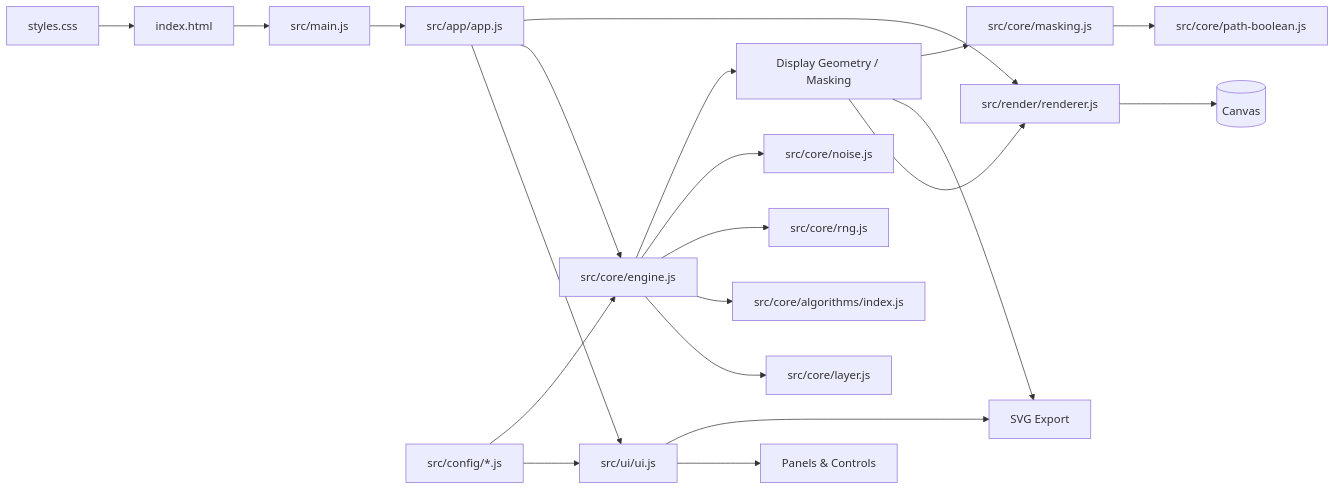
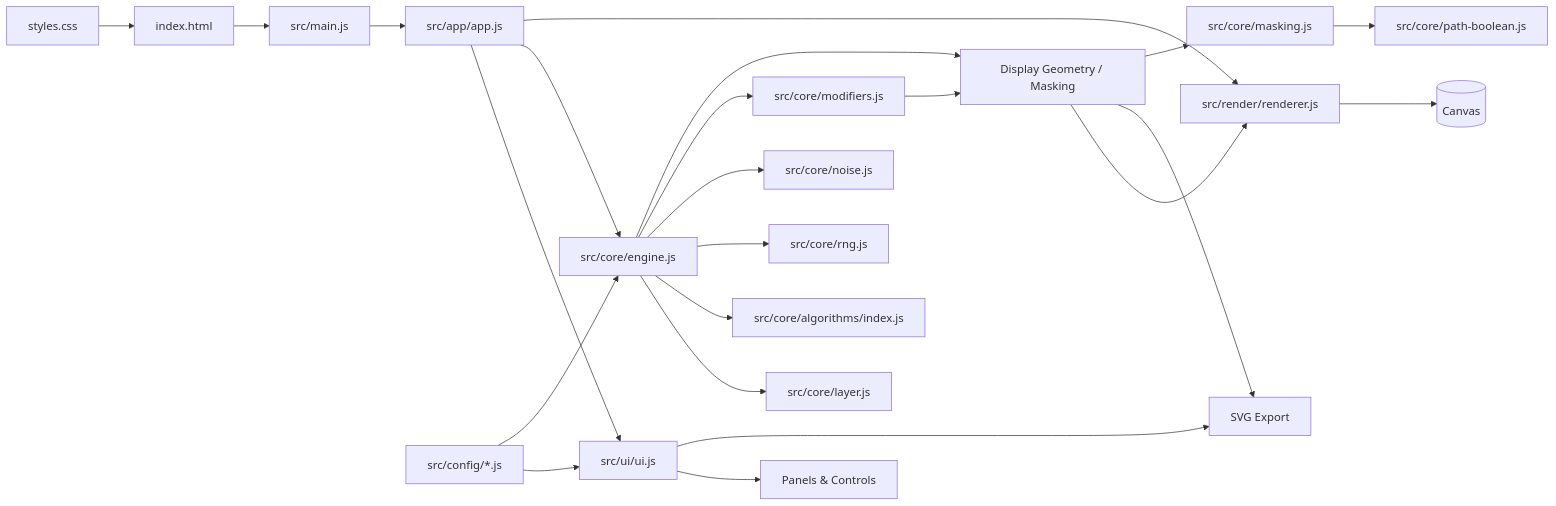
One commit to j-phi/vectura-studio changed the first of 2 diagrams in README.md. Above: the diagram before and after it, drawn with Mermaid. The commit also changed other lines of this file and 14 other files, not shown here.

````diff
--- a/README.md
+++ b/README.md
@@ -292,27 +295,29 @@
 ```mermaid
 flowchart LR
   HTML[index.html] --> Main[src/main.js]
   Main --> App[src/app/app.js]
 
   App --> UI[src/ui/ui.js]
   App --> Engine[src/core/engine.js]
   App --> Renderer[src/render/renderer.js]
 
   UI --> Controls[Panels & Controls]
   UI --> Export[SVG Export]
   Renderer --> Canvas[(Canvas)]
 
   Engine --> Layer[src/core/layer.js]
   Engine --> Algorithms[src/core/algorithms/index.js]
   Engine --> RNG[src/core/rng.js]
   Engine --> Noise[src/core/noise.js]
+  Engine --> Modifiers["src/core/modifiers.js"]
   Engine --> Display["Display Geometry / Masking"]
+  Modifiers --> Display
   Display --> Renderer
   Display --> Export
   Display --> Masking["src/core/masking.js"]
   Masking --> Boolean["src/core/path-boolean.js"]
 
   Config[src/config/*.js] --> UI
   Config --> Engine
   Styles[styles.css] --> HTML
 ```
````
